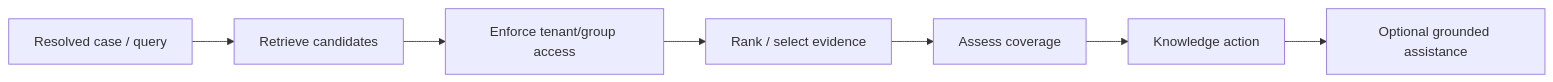
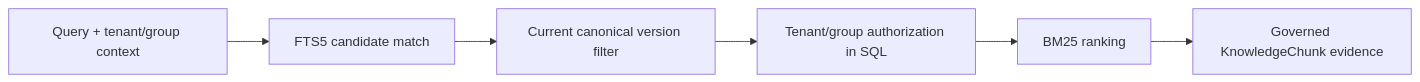
Before and after one commit to kumarchandansingh/tropos: the third of 5 diagrams in docs/architecture/RAG_ARCHITECTURE.md, drawn with Mermaid. The commit also changed other lines of this file and 10 other files, not shown here.

````diff
--- a/docs/architecture/RAG_ARCHITECTURE.md
+++ b/docs/architecture/RAG_ARCHITECTURE.md
@@ -65,10 +59,9 @@
 ```mermaid
 flowchart LR
-    Case[Resolved case / query]
-    --> Search[Retrieve candidates]
-    --> Access[Enforce tenant/group access]
-    --> Rank[Rank / select evidence]
-    --> Coverage[Assess coverage]
-    --> Policy[Knowledge action]
-    --> Assist[Optional grounded assistance]
+    Query[Query + tenant/group context]
+    --> Search[FTS5 candidate match]
+    --> Current[Current canonical version filter]
+    --> Access[Tenant/group authorization in SQL]
+    --> Rank[BM25 ranking]
+    --> Evidence[Governed KnowledgeChunk evidence]
 ```
````
